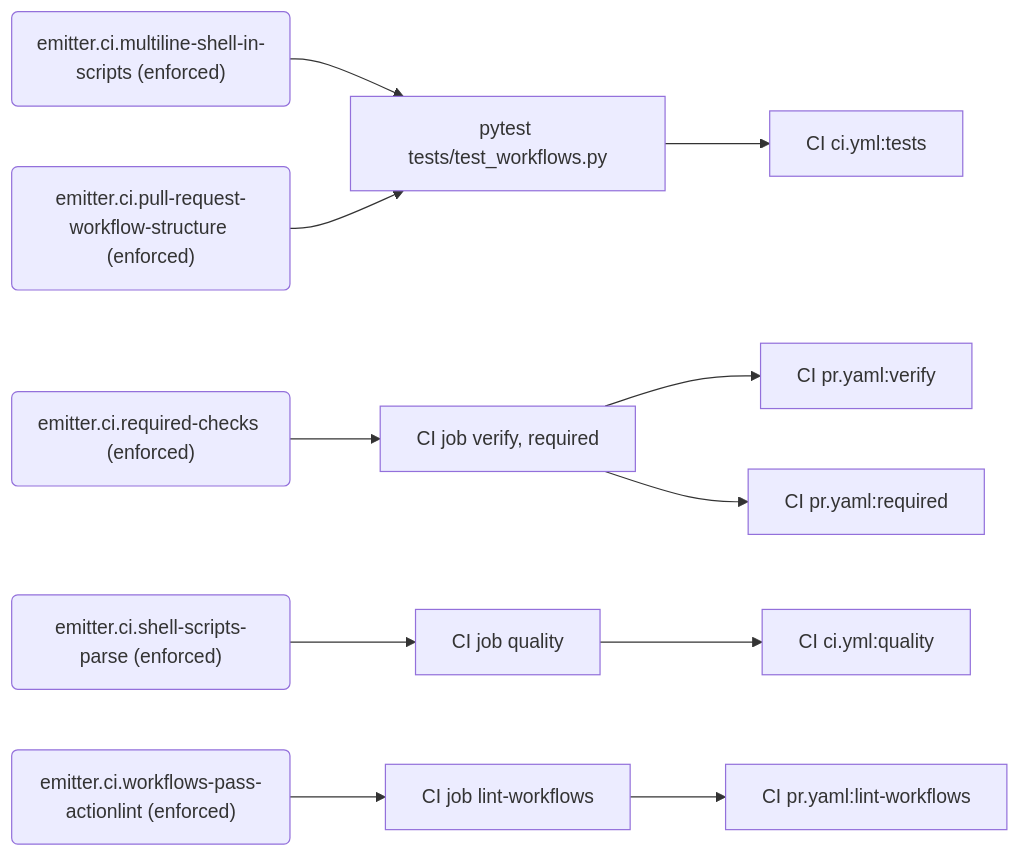
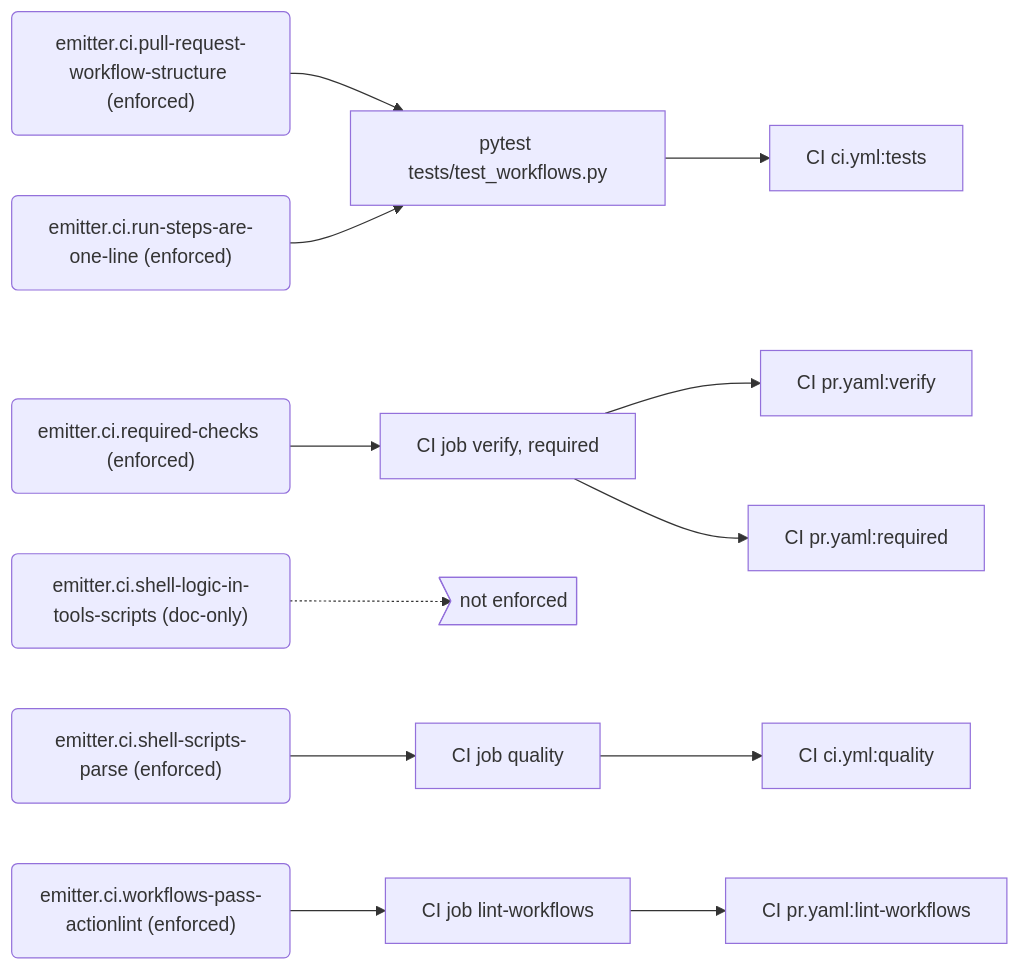
The seventh of 8 diagrams in docs/generated/rules.md (PolicyEngine/local-services), drawn with Mermaid before and after one commit. The commit also changed other lines of this file and 3 other files, not shown here.

First line of the commit message:
Make each enforced rule say only what its check enforces

````diff
--- a/docs/generated/rules.md
+++ b/docs/generated/rules.md
@@ -250,27 +262,30 @@
 ```mermaid
 flowchart LR
-  r_emitter_ci_multiline_shell_in_scripts("emitter.ci.multiline-shell-in-scripts (enforced)")
+  r_emitter_ci_pull_request_workflow_structure("emitter.ci.pull-request-workflow-structure (enforced)")
   e_pytest_tests_test_workflows_py["pytest tests/test_workflows.py"]
   j_CI_ci_yml_tests["CI ci.yml:tests"]
-  r_emitter_ci_pull_request_workflow_structure("emitter.ci.pull-request-workflow-structure (enforced)")
   r_emitter_ci_required_checks("emitter.ci.required-checks (enforced)")
   e_CI_job_verify__required["CI job verify, required"]
   j_CI_pr_yaml_verify["CI pr.yaml:verify"]
   j_CI_pr_yaml_required["CI pr.yaml:required"]
+  r_emitter_ci_run_steps_are_one_line("emitter.ci.run-steps-are-one-line (enforced)")
+  r_emitter_ci_shell_logic_in_tools_scripts("emitter.ci.shell-logic-in-tools-scripts (doc-only)")
+  gap_unenforced>"not enforced"]
   r_emitter_ci_shell_scripts_parse("emitter.ci.shell-scripts-parse (enforced)")
   e_CI_job_quality["CI job quality"]
   j_CI_ci_yml_quality["CI ci.yml:quality"]
   r_emitter_ci_workflows_pass_actionlint("emitter.ci.workflows-pass-actionlint (enforced)")
   e_CI_job_lint_workflows["CI job lint-workflows"]
   j_CI_pr_yaml_lint_workflows["CI pr.yaml:lint-workflows"]
-  r_emitter_ci_multiline_shell_in_scripts --> e_pytest_tests_test_workflows_py
+  r_emitter_ci_pull_request_workflow_structure --> e_pytest_tests_test_workflows_py
   e_pytest_tests_test_workflows_py --> j_CI_ci_yml_tests
-  r_emitter_ci_pull_request_workflow_structure --> e_pytest_tests_test_workflows_py
   r_emitter_ci_required_checks --> e_CI_job_verify__required
   e_CI_job_verify__required --> j_CI_pr_yaml_verify
   e_CI_job_verify__required --> j_CI_pr_yaml_required
+  r_emitter_ci_run_steps_are_one_line --> e_pytest_tests_test_workflows_py
+  r_emitter_ci_shell_logic_in_tools_scripts -.-> gap_unenforced
   r_emitter_ci_shell_scripts_parse --> e_CI_job_quality
   e_CI_job_quality --> j_CI_ci_yml_quality
   r_emitter_ci_workflows_pass_actionlint --> e_CI_job_lint_workflows
   e_CI_job_lint_workflows --> j_CI_pr_yaml_lint_workflows
 ```
````
